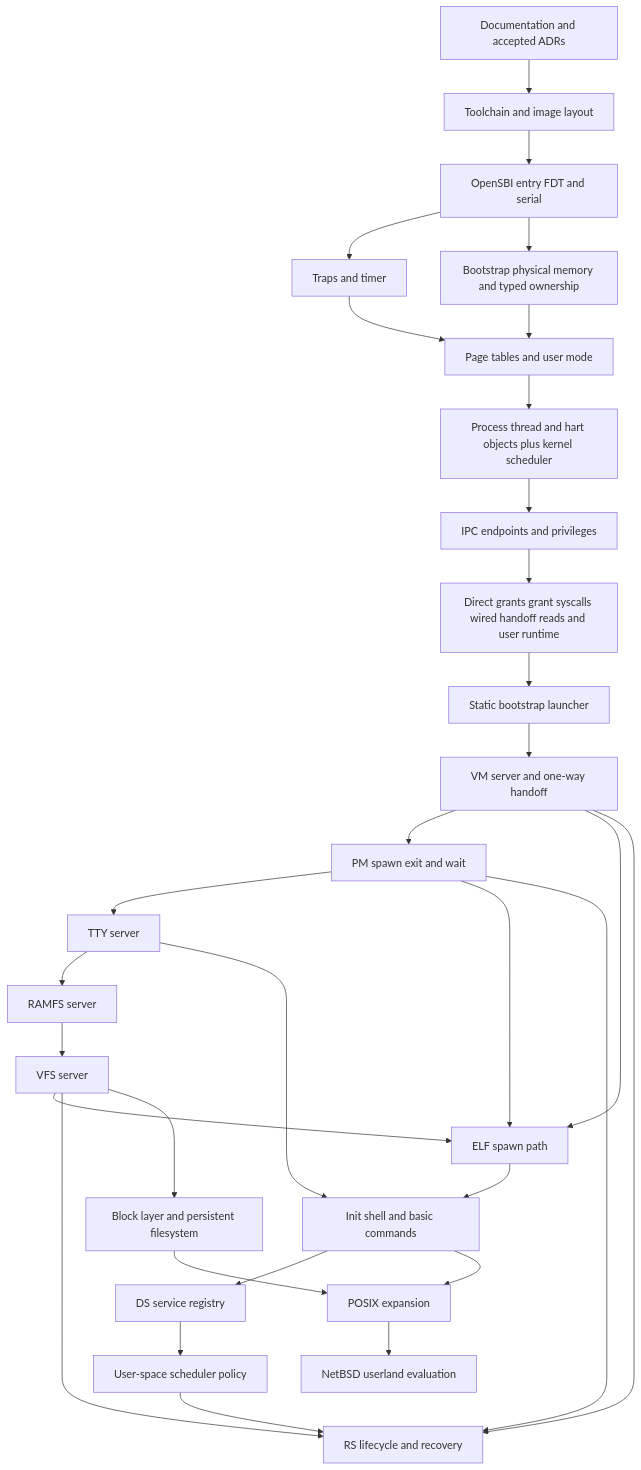
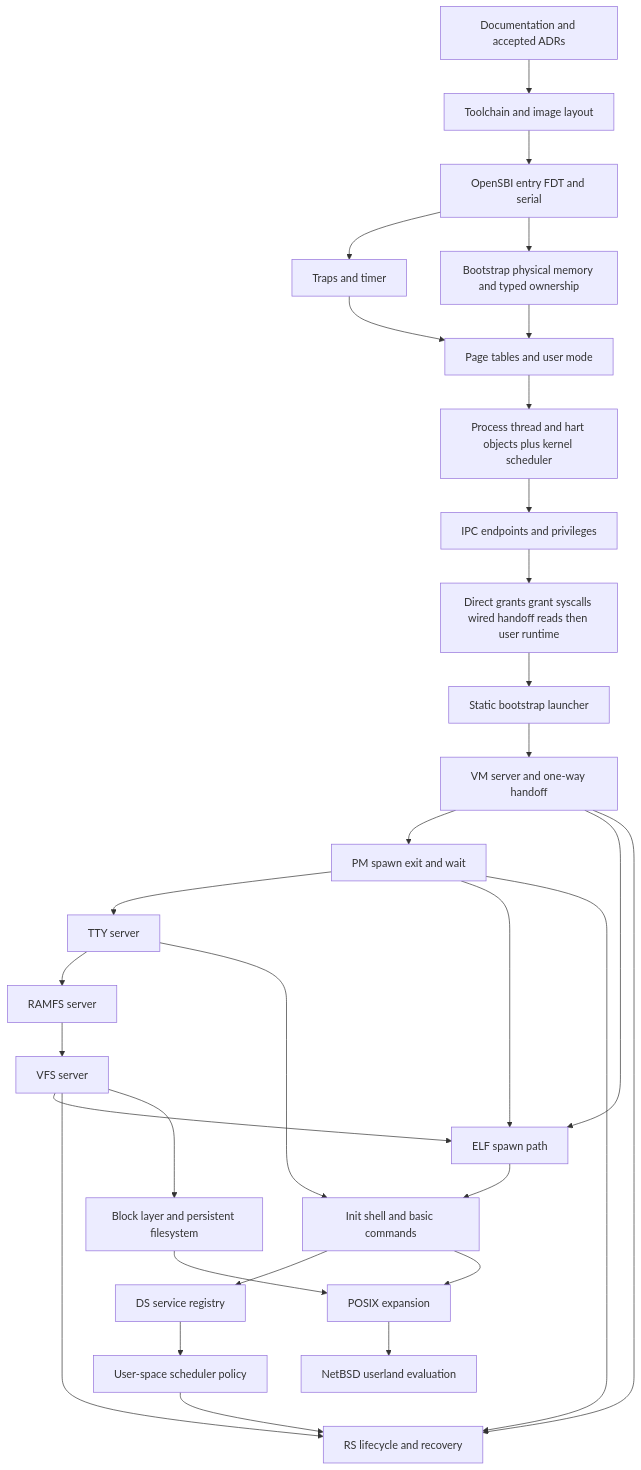
The diagram in docs/architecture/development-dag.md (algorithm-apprentice/micros), drawn with Mermaid before and after one commit. The commit also changed other lines of this file and 8 other files, not shown here.

First line of the commit message:
docs: design freestanding user runtime (#71)

````diff
--- a/docs/architecture/development-dag.md
+++ b/docs/architecture/development-dag.md
@@ -16,57 +16,57 @@
 ```mermaid
 flowchart TD
     A[Documentation and accepted ADRs]
     B[Toolchain and image layout]
     C[OpenSBI entry FDT and serial]
     D[Traps and timer]
     E[Bootstrap physical memory and typed ownership]
     F[Page tables and user mode]
     G[Process thread and hart objects plus kernel scheduler]
     H[IPC endpoints and privileges]
-    I[Direct grants grant syscalls wired handoff reads and user runtime]
+    I[Direct grants grant syscalls wired handoff reads then user runtime]
     J[Static bootstrap launcher]
     K[VM server and one-way handoff]
     L[PM spawn exit and wait]
     M[TTY server]
     N[RAMFS server]
     O[VFS server]
     P[ELF spawn path]
     Q[Init shell and basic commands]
     R[DS service registry]
     S[User-space scheduler policy]
     T[RS lifecycle and recovery]
     U[Block layer and persistent filesystem]
     V[POSIX expansion]
     W[NetBSD userland evaluation]
 
     A --> B
     B --> C
     C --> D
     C --> E
     D --> F
     E --> F
     F --> G
     G --> H
     H --> I
     I --> J
     J --> K
     K --> L
     L --> M
     M --> N
     N --> O
     O --> P
     K --> P
     L --> P
     P --> Q
     M --> Q
     Q --> R
     R --> S
     S --> T
     K --> T
     L --> T
     O --> T
     O --> U
     Q --> V
     U --> V
     V --> W
 ```
````
